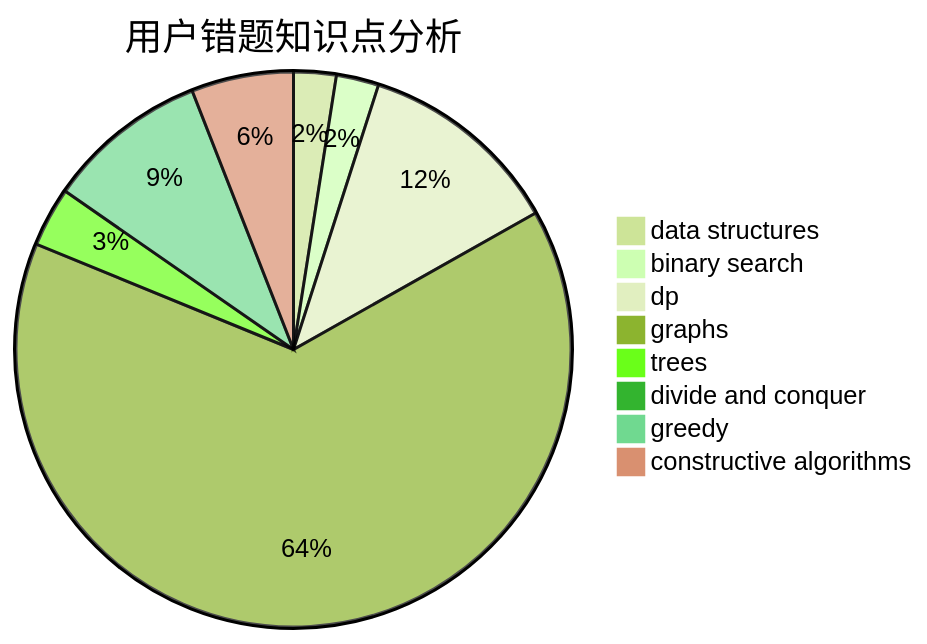
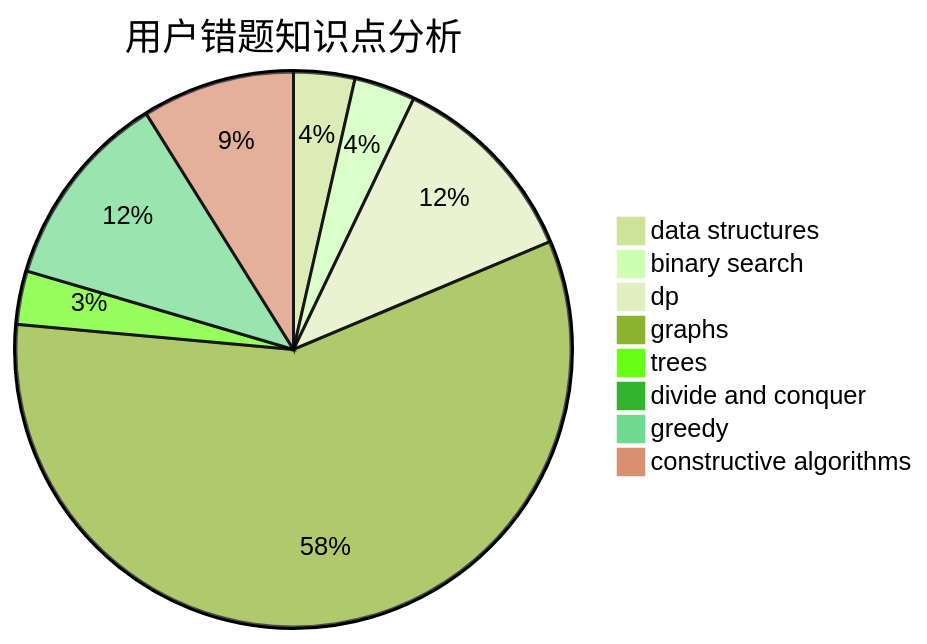
Before and after one commit to sherpahu/cfrs.github.io: the third of 3 diagrams in docs/user/u1417.md, drawn with Mermaid (forest theme). The commit also changed other lines of this file and 2770 other files, not shown here.

````diff
--- a/docs/user/u1417.md
+++ b/docs/user/u1417.md
@@ -36,11 +36,11 @@
 ```mermaid
 pie title 用户错题知识点分析
-    "data structures" :  5
-    "binary search" :  5
-    "dp" :  24
+    "data structures" :  8
+    "binary search" :  8
+    "dp" :  26
     "graphs" :  130
     "trees" :  7
-    "divide and conquer" :  0
-    "greedy" :  19
-    "constructive algorithms" :  12
+    "divide and conquer" :  1
+    "greedy" :  26
+    "constructive algorithms" :  20
 ```
````
